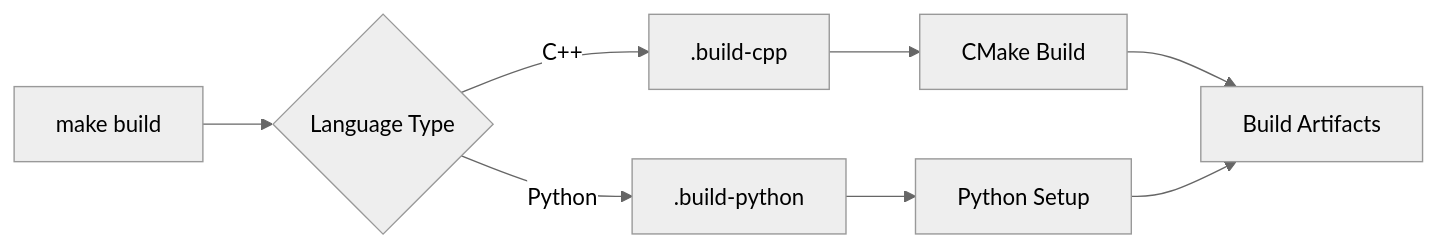
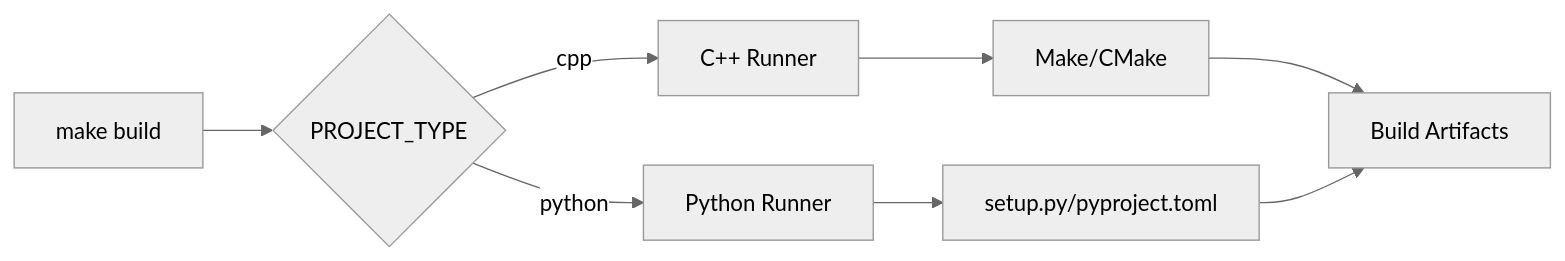
One commit to jlheater/test-project-123456 changed the second of 3 diagrams in docs/build-system/overview.md. Above: the diagram before and after it, drawn with Mermaid (neutral theme). The commit also changed other lines of this file and 11 other files, not shown here.

Commit message:
Enhance documentation for system requirements and build process, including a structured table of contents and updates to makefile usage for C++ and Python projects.

````diff
--- a/docs/build-system/overview.md
+++ b/docs/build-system/overview.md
@@ -61,12 +61,12 @@
 ```mermaid
 flowchart LR
-    Build["make build"] --> Lang{"Language Type"}
-    Lang -->|C++| CPP[".build-cpp"]
-    Lang -->|Python| PY[".build-python"]
+    Build["make build"] --> Type{"PROJECT_TYPE"}
+    Type -->|cpp| CPP["C++ Runner"]
+    Type -->|python| PY["Python Runner"]
     
-    CPP --> CMake["CMake Build"]
-    PY --> Setup["Python Setup"]
+    CPP --> Make["Make/CMake"]
+    PY --> Setup["setup.py/pyproject.toml"]
     
-    CMake --> Artifacts["Build Artifacts"]
+    Make --> Artifacts["Build Artifacts"]
     Setup --> Artifacts
 ```
````
